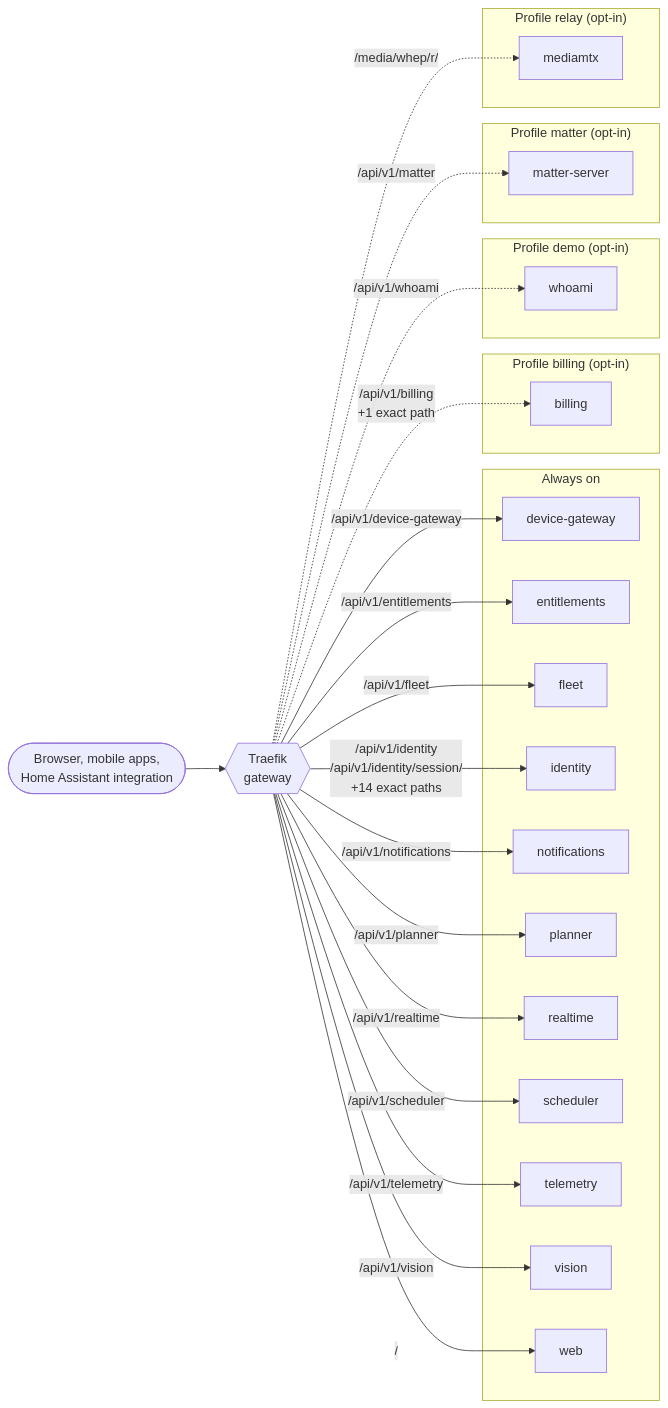
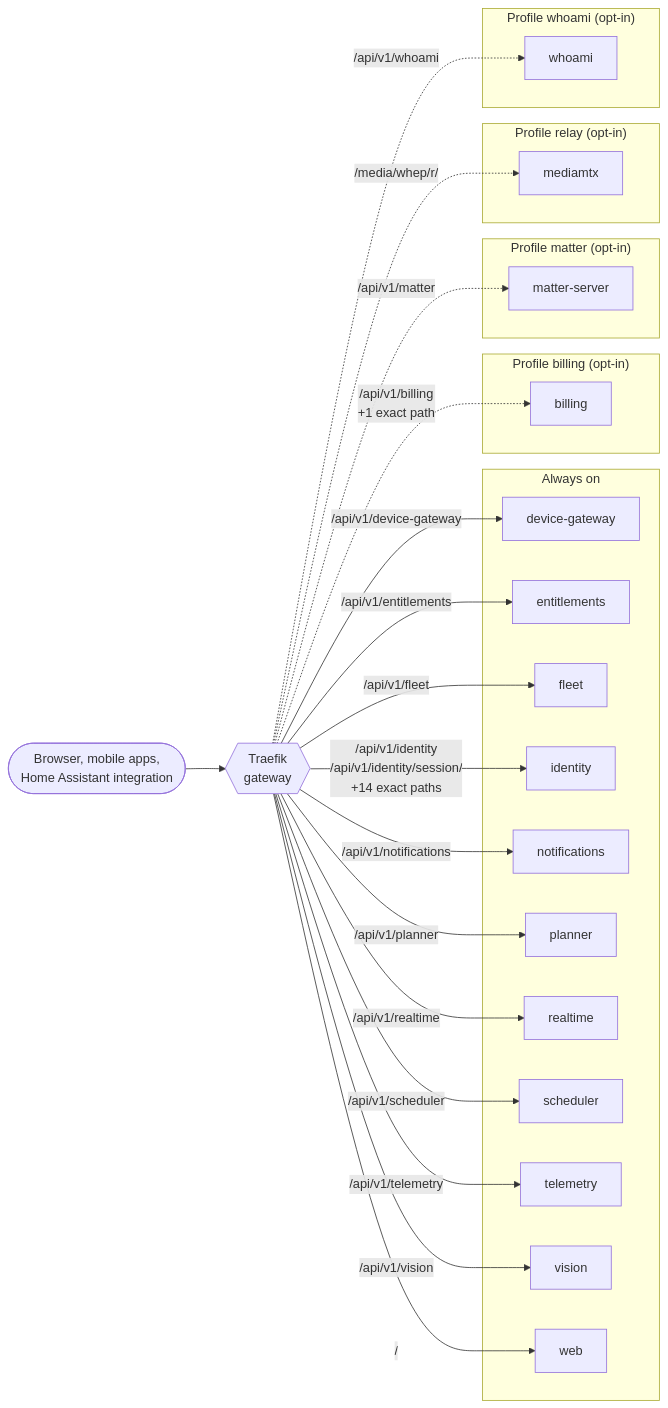
Before and after one commit to lukislp/mowdeck: the first of 15 diagrams in docs/architecture/generated.md, drawn with Mermaid. The commit also changed other lines of this file and 85 other files, not shown here.

````diff
--- a/docs/architecture/generated.md
+++ b/docs/architecture/generated.md
@@ -25,46 +25,46 @@
 ```mermaid
 flowchart LR
   clients(["Browser, mobile apps,<br/>Home Assistant integration"])
   traefik{{"Traefik<br/>gateway"}}
   clients --> traefik
   subgraph sg_always["Always on"]
     device_gateway["device-gateway"]
     entitlements["entitlements"]
     fleet["fleet"]
     identity["identity"]
     notifications["notifications"]
     planner["planner"]
     realtime["realtime"]
     scheduler["scheduler"]
     telemetry["telemetry"]
     vision["vision"]
     web["web"]
   end
   subgraph sg_billing["Profile billing (opt-in)"]
     billing["billing"]
   end
-  subgraph sg_demo["Profile demo (opt-in)"]
-    whoami["whoami"]
-  end
   subgraph sg_matter["Profile matter (opt-in)"]
     matter_server["matter-server"]
   end
   subgraph sg_relay["Profile relay (opt-in)"]
     mediamtx["mediamtx"]
+  end
+  subgraph sg_whoami["Profile whoami (opt-in)"]
+    whoami["whoami"]
   end
   traefik -->|"/api/v1/device-gateway"| device_gateway
   traefik -->|"/api/v1/entitlements"| entitlements
   traefik -->|"/api/v1/fleet"| fleet
   traefik -->|"/api/v1/identity<br/>/api/v1/identity/session/<br/>+14 exact paths"| identity
   traefik -->|"/api/v1/notifications"| notifications
   traefik -->|"/api/v1/planner"| planner
   traefik -->|"/api/v1/realtime"| realtime
   traefik -->|"/api/v1/scheduler"| scheduler
   traefik -->|"/api/v1/telemetry"| telemetry
   traefik -->|"/api/v1/vision"| vision
   traefik -->|"/"| web
   traefik -.->|"/api/v1/billing<br/>+1 exact path"| billing
-  traefik -.->|"/api/v1/whoami"| whoami
   traefik -.->|"/api/v1/matter"| matter_server
   traefik -.->|"/media/whep/r/"| mediamtx
+  traefik -.->|"/api/v1/whoami"| whoami
 ```
````
